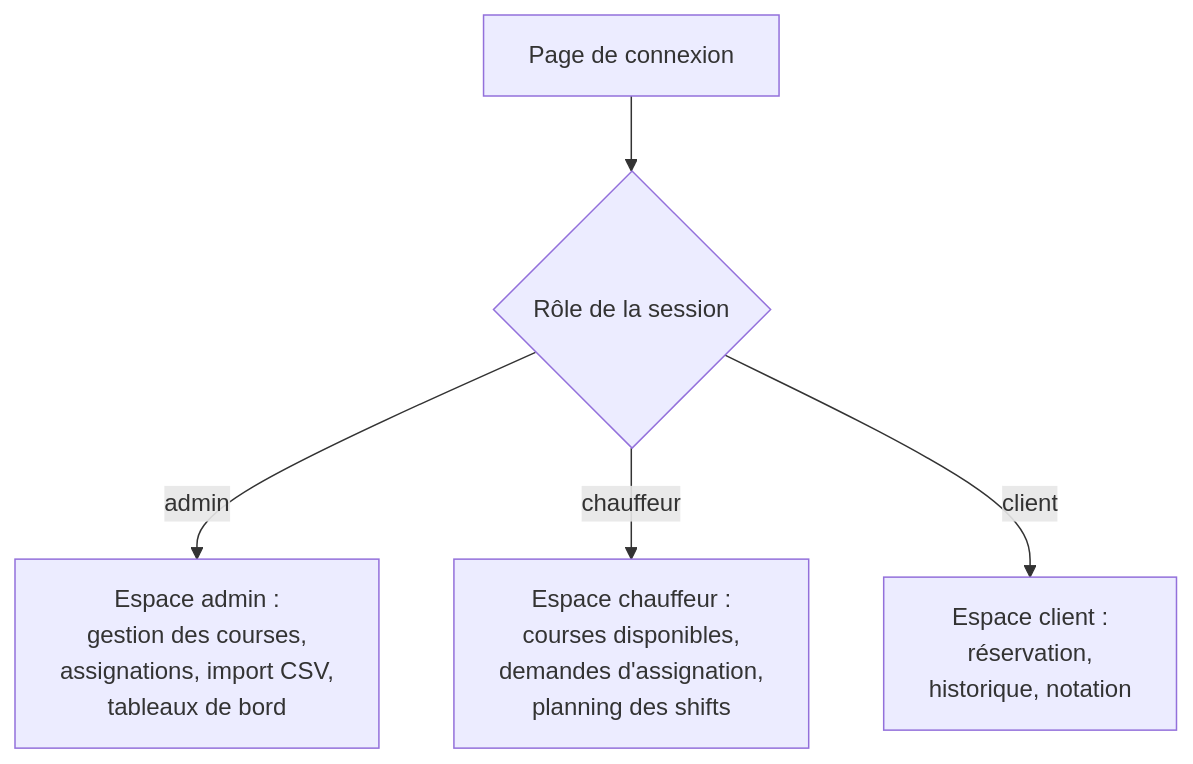
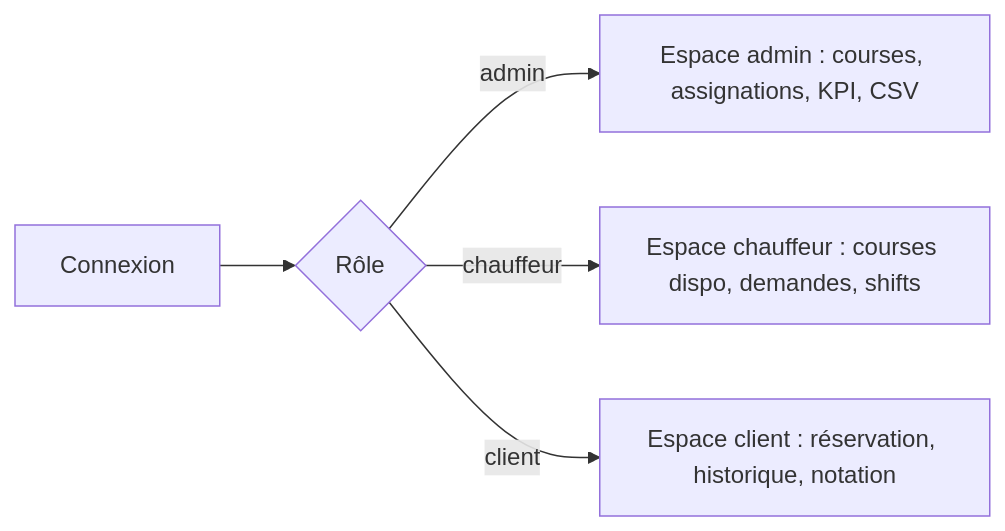
Before and after one commit to Mamoru-fr/AMT-Express: the sixth of 8 diagrams in documents/dossiers/dossierProjet/v1-complet/dossierProjetRNCP.md, drawn with Mermaid. The commit also changed other lines of this file and 12 other files, not shown here.

````diff
--- a/documents/dossiers/dossierProjet/v1-complet/dossierProjetRNCP.md
+++ b/documents/dossiers/dossierProjet/v1-complet/dossierProjetRNCP.md
@@ -464,7 +449,7 @@
 ```mermaid
-flowchart TD
-    C["Page de connexion"] --> R{Rôle de la session}
-    R -- admin --> A["Espace admin :<br/>gestion des courses,<br/>assignations, import CSV,<br/>tableaux de bord"]
-    R -- chauffeur --> D["Espace chauffeur :<br/>courses disponibles,<br/>demandes d'assignation,<br/>planning des shifts"]
-    R -- client --> CU["Espace client :<br/>réservation,<br/>historique, notation"]
+flowchart LR
+    C[Connexion] --> R{Rôle}
+    R -- admin --> A["Espace admin : courses, assignations, KPI, CSV"]
+    R -- chauffeur --> Dr["Espace chauffeur : courses dispo, demandes, shifts"]
+    R -- client --> Cu["Espace client : réservation, historique, notation"]
 ```
````
